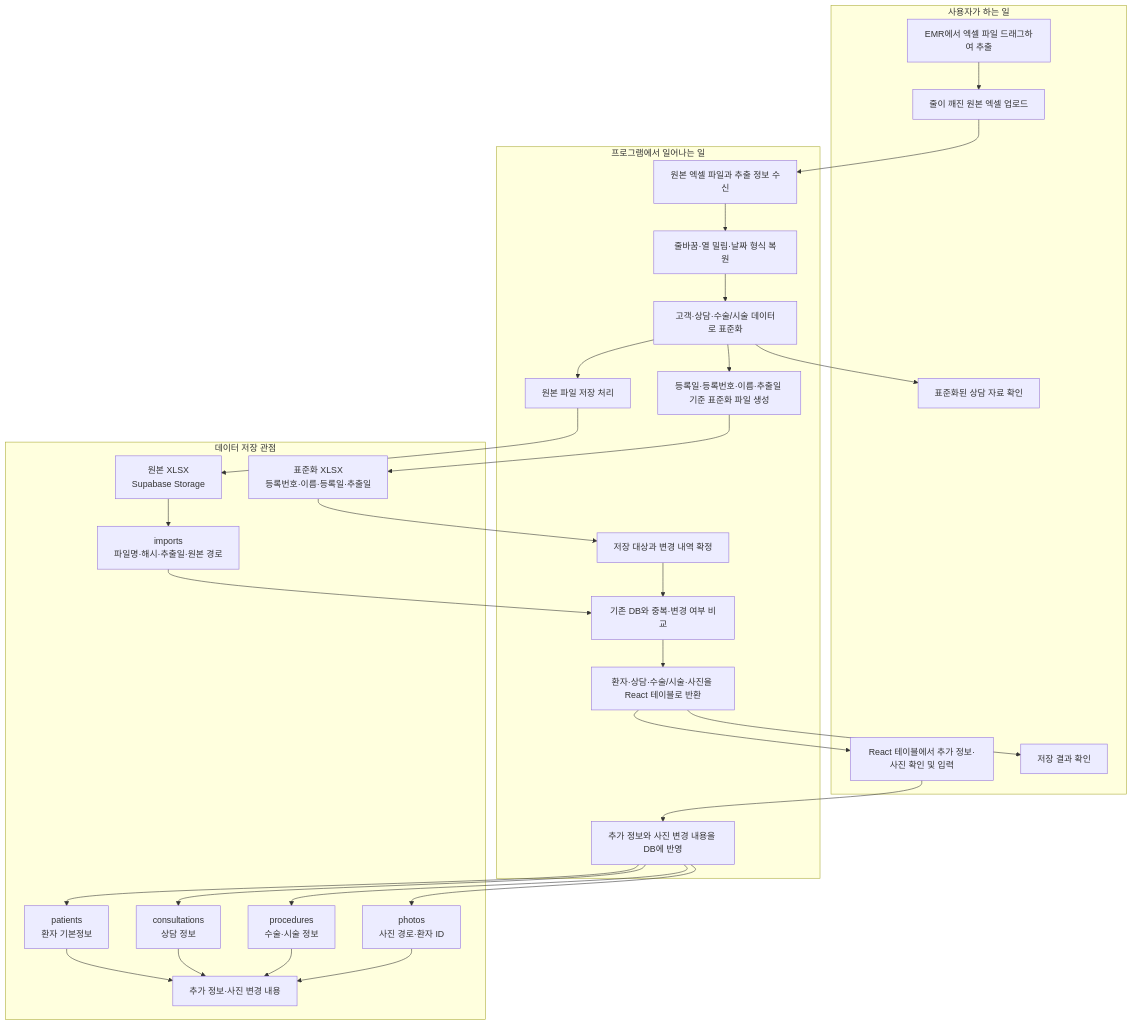
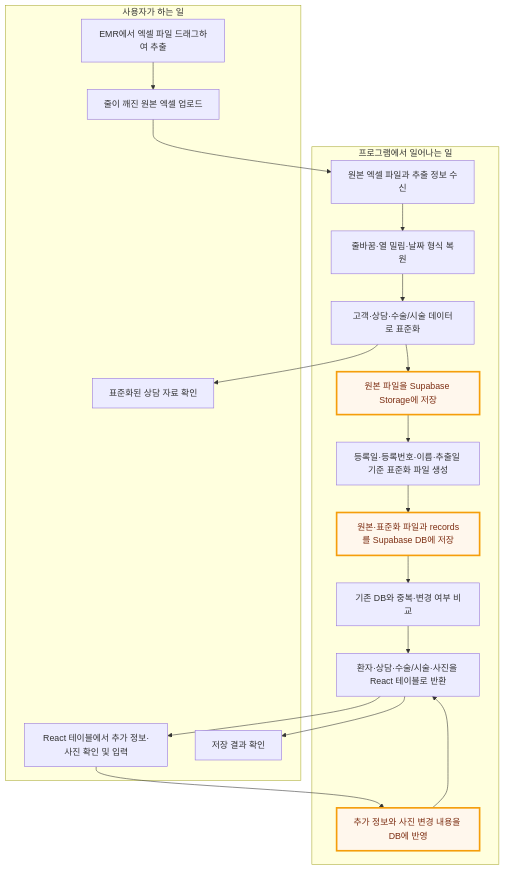
Before and after one commit to wnghgpt/z_consult: the first of 3 diagrams in docs/README.md, drawn with Mermaid.

Commit message:
docs: highlight actual storage steps

````diff
--- a/docs/README.md
+++ b/docs/README.md
@@ -9,48 +9,30 @@
 ```mermaid
 flowchart TB
     subgraph USER[사용자가 하는 일]
         U1[EMR에서 엑셀 파일 드래그하여 추출]
         U2[줄이 깨진 원본 엑셀 업로드]
         U3[표준화된 상담 자료 확인]
         U4[React 테이블에서 추가 정보·사진 확인 및 입력]
         U5[저장 결과 확인]
     end
 
     subgraph SYSTEM[프로그램에서 일어나는 일]
         S1[원본 엑셀 파일과 추출 정보 수신]
         S2[줄바꿈·열 밀림·날짜 형식 복원]
         S3[고객·상담·수술/시술 데이터로 표준화]
-        S4[원본 파일 저장 처리]
+        S4[원본 파일을 Supabase Storage에 저장]
         S5[등록일·등록번호·이름·추출일 기준 표준화 파일 생성]
-        S6[저장 대상과 변경 내역 확정]
+        S6[원본·표준화 파일과 records를 Supabase DB에 저장]
         S7[기존 DB와 중복·변경 여부 비교]
         S8[환자·상담·수술/시술·사진을 React 테이블로 반환]
         S9[추가 정보와 사진 변경 내용을 DB에 반영]
     end
 
-    subgraph STORAGE[데이터 저장 관점]
-        D1[원본 XLSX<br/>Supabase Storage]
-        D2[imports<br/>파일명·해시·추출일·원본 경로]
-        D3[표준화 XLSX<br/>등록번호·이름·등록일·추출일]
-        D4[patients<br/>환자 기본정보]
-        D5[consultations<br/>상담 정보]
-        D6[procedures<br/>수술·시술 정보]
-        D7[photos<br/>사진 경로·환자 ID]
-        D8[추가 정보·사진 변경 내용]
-    end
+    U1 --> U2 --> S1 --> S2 --> S3 --> U3
+    S3 --> S4 --> S5 --> S6 --> S7 --> S8 --> U4
+    U4 --> S9 --> S8
+    S8 --> U5
 
-    U1 --> U2 --> S1 --> S2 --> S3 --> U3
-    S3 --> S4 --> D1 --> D2
-    S3 --> S5 --> D3 --> S6
-    D2 --> S7
-    S6 --> S7 --> S8 --> U4
-    U4 --> S9 --> D4
-    S9 --> D5
-    S9 --> D6
-    S9 --> D7
-    D4 --> D8
-    D5 --> D8
-    D6 --> D8
-    D7 --> D8
-    S8 --> U5
+    classDef actualSave fill:#fff7ed,stroke:#f59e0b,stroke-width:3px,color:#7c2d12
+    class S4,S6,S9 actualSave
 ```
````
